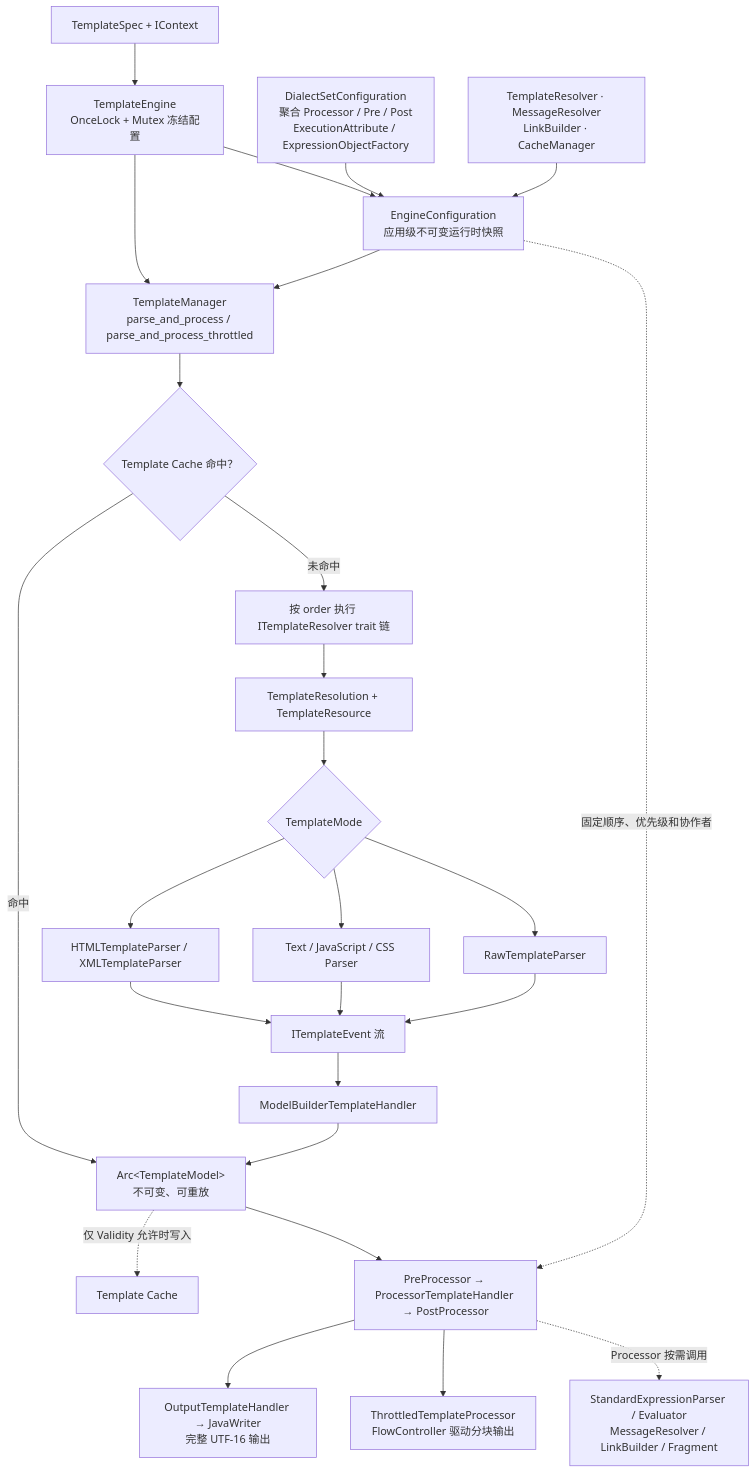
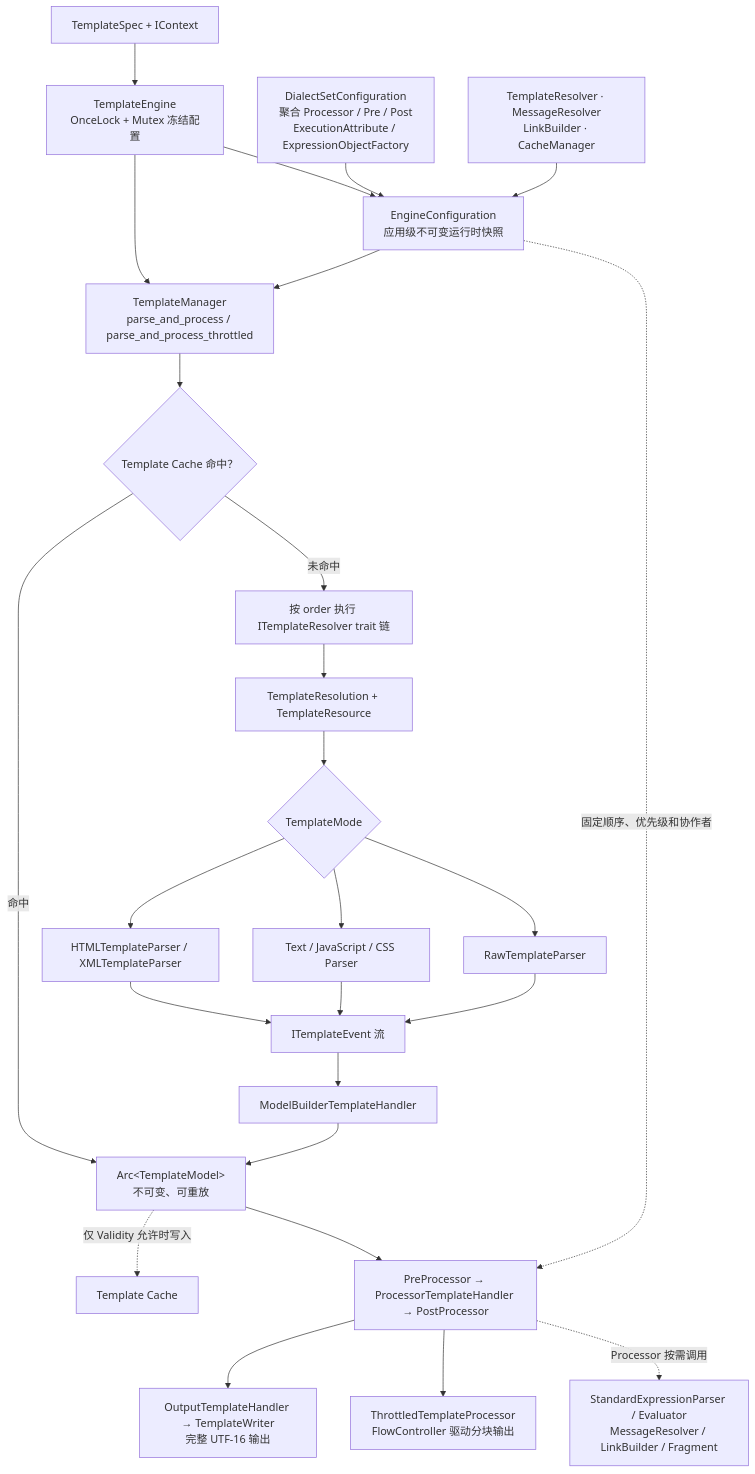
The third of 13 diagrams in docs/Thymeleaf-Rust-可行性与架构设计.md (easy-4-rust/thymeleaf-rust), drawn with Mermaid before and after one commit. The commit also changed other lines of this file and 3 other files, not shown here.

````diff
--- a/docs/Thymeleaf-Rust-可行性与架构设计.md
+++ b/docs/Thymeleaf-Rust-可行性与架构设计.md
@@ -217,29 +217,29 @@
 ```mermaid
 flowchart TB
     INPUT["TemplateSpec + IContext"] --> ENGINE["TemplateEngine<br/>OnceLock + Mutex 冻结配置"]
     ENGINE --> CONFIG["EngineConfiguration<br/>应用级不可变运行时快照"]
     DIALECT["DialectSetConfiguration<br/>聚合 Processor / Pre / Post<br/>ExecutionAttribute / ExpressionObjectFactory"] --> CONFIG
     RESOLVERS["TemplateResolver · MessageResolver<br/>LinkBuilder · CacheManager"] --> CONFIG
     ENGINE --> MANAGER["TemplateManager<br/>parse_and_process / parse_and_process_throttled"]
     CONFIG --> MANAGER
     MANAGER --> CACHE{"Template Cache 命中？"}
     CACHE -->|命中| MODEL["Arc&lt;TemplateModel&gt;<br/>不可变、可重放"]
     CACHE -->|未命中| RESOLVER["按 order 执行 ITemplateResolver trait 链"]
     RESOLVER --> RESOURCE["TemplateResolution + TemplateResource"]
     RESOURCE --> MODE{"TemplateMode"}
     MODE --> MARKUP["HTMLTemplateParser / XMLTemplateParser"]
     MODE --> TEXT["Text / JavaScript / CSS Parser"]
     MODE --> RAW["RawTemplateParser"]
     MARKUP --> EVENTS["ITemplateEvent 流"]
     TEXT --> EVENTS
     RAW --> EVENTS
     EVENTS --> BUILDER["ModelBuilderTemplateHandler"]
     BUILDER --> MODEL
     MODEL -. "仅 Validity 允许时写入" .-> STORE["Template Cache"]
     MODEL --> CHAIN["PreProcessor → ProcessorTemplateHandler → PostProcessor"]
-    CHAIN --> FULL["OutputTemplateHandler → JavaWriter<br/>完整 UTF-16 输出"]
+    CHAIN --> FULL["OutputTemplateHandler → TemplateWriter<br/>完整 UTF-16 输出"]
     CHAIN --> THROTTLED["ThrottledTemplateProcessor<br/>FlowController 驱动分块输出"]
 
     CONFIG -. "固定顺序、优先级和协作者" .-> CHAIN
     CHAIN -. "Processor 按需调用" .-> COLLAB["StandardExpressionParser / Evaluator<br/>MessageResolver / LinkBuilder / Fragment"]
 ```
````
